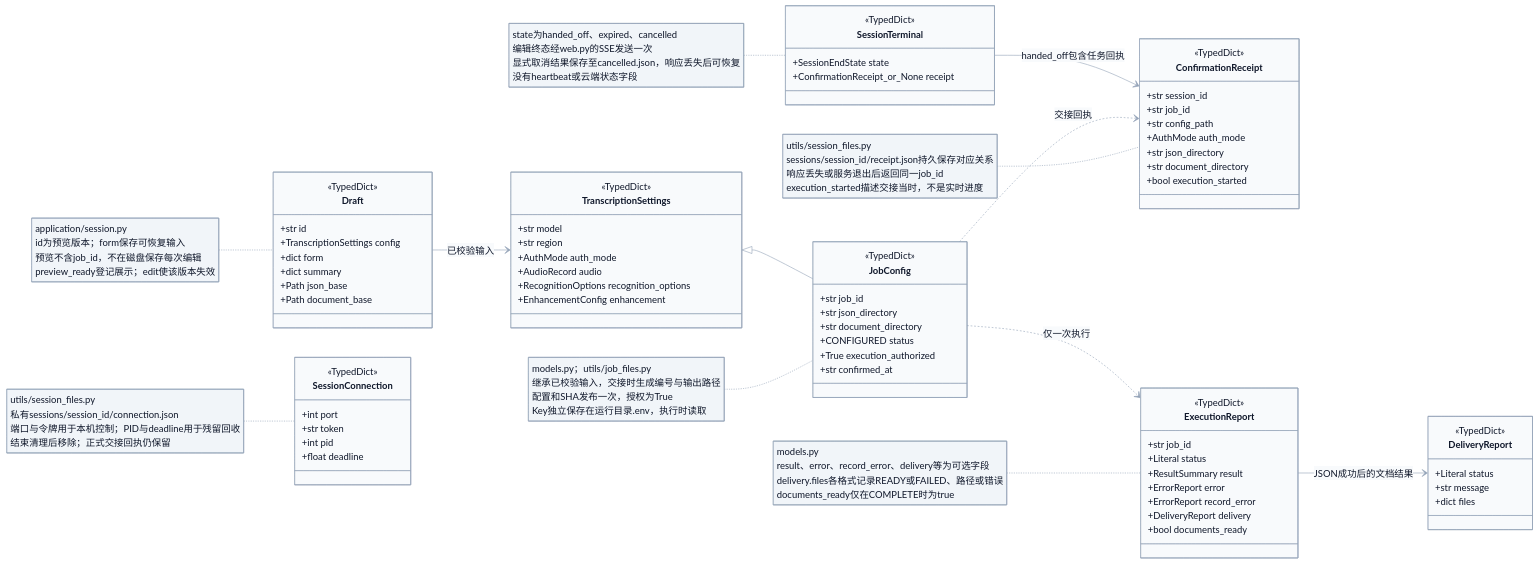
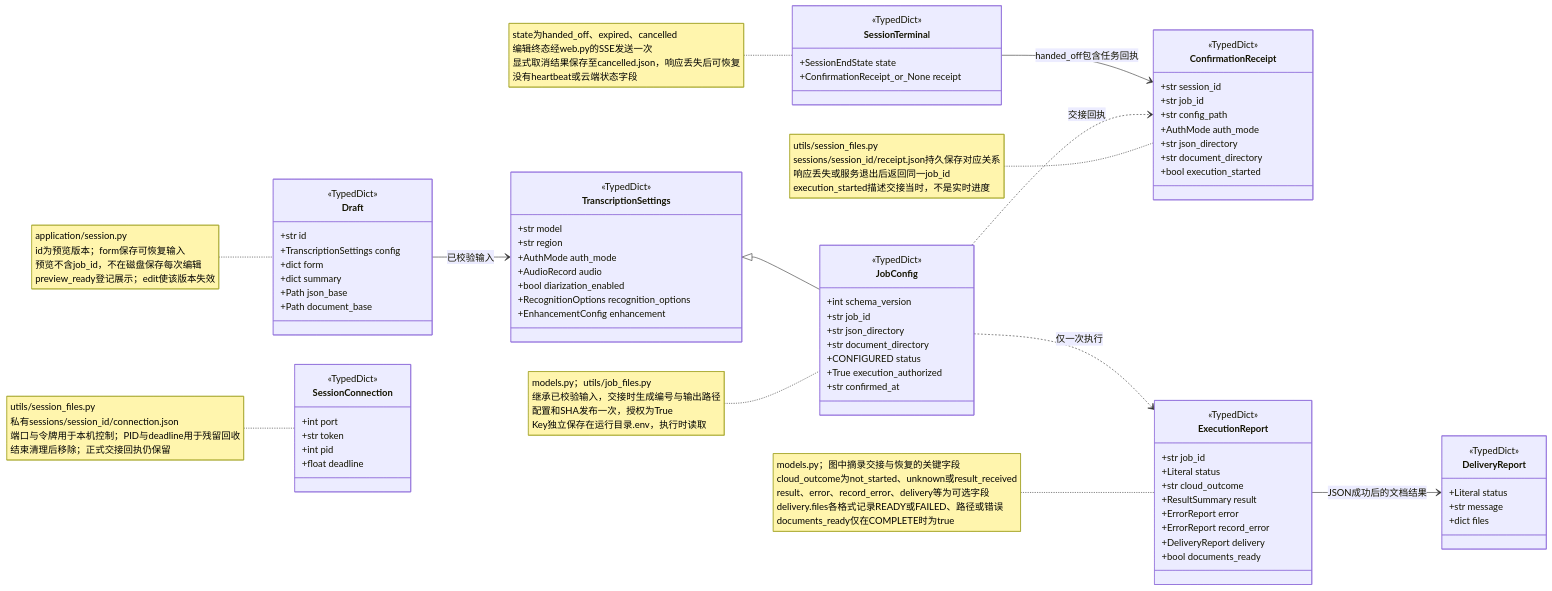
Before and after one commit to hx101700/memoflow: the diagram in doc/uml/01c-protocol.mmd, drawn with Mermaid. The commit also changed 61 other files, not shown here.

```diff
--- a/doc/uml/01c-protocol.mmd
+++ b/doc/uml/01c-protocol.mmd
@@ -1,94 +1,83 @@
----
-config:
-  theme: base
-  fontFamily: Arial, Microsoft YaHei, sans-serif
-  themeVariables:
-    primaryColor: '#f8fafc'
-    primaryTextColor: '#0f172a'
-    primaryBorderColor: '#94a3b8'
-    lineColor: '#94a3b8'
-    noteBkgColor: '#f1f5f9'
-    noteTextColor: '#0f172a'
-    noteBorderColor: '#94a3b8'
-    edgeLabelBackground: '#ffffff'
----
 classDiagram
 direction LR
 class TranscriptionSettings {
   <<TypedDict>>
   +str model
   +str region
   +AuthMode auth_mode
   +AudioRecord audio
+  +bool diarization_enabled
   +RecognitionOptions recognition_options
   +EnhancementConfig enhancement
 }
 class Draft {
   <<TypedDict>>
   +str id
   +TranscriptionSettings config
   +dict form
   +dict summary
   +Path json_base
   +Path document_base
 }
 class JobConfig {
   <<TypedDict>>
+  +int schema_version
   +str job_id
   +str json_directory
   +str document_directory
   +CONFIGURED status
   +True execution_authorized
   +str confirmed_at
 }
 class ConfirmationReceipt {
   <<TypedDict>>
   +str session_id
   +str job_id
   +str config_path
   +AuthMode auth_mode
   +str json_directory
   +str document_directory
   +bool execution_started
 }
 class SessionConnection {
   <<TypedDict>>
   +int port
   +str token
   +int pid
   +float deadline
 }
 class SessionTerminal {
   <<TypedDict>>
   +SessionEndState state
   +ConfirmationReceipt_or_None receipt
 }
 class ExecutionReport {
   <<TypedDict>>
   +str job_id
   +Literal status
+  +str cloud_outcome
   +ResultSummary result
   +ErrorReport error
   +ErrorReport record_error
   +DeliveryReport delivery
   +bool documents_ready
 }
 class DeliveryReport {
   <<TypedDict>>
   +Literal status
   +str message
   +dict files
 }
 TranscriptionSettings <|-- JobConfig
 Draft --> TranscriptionSettings : 已校验输入
 JobConfig ..> ConfirmationReceipt : 交接回执
 SessionTerminal --> ConfirmationReceipt : handed_off包含任务回执
 JobConfig ..> ExecutionReport : 仅一次执行
 ExecutionReport --> DeliveryReport : JSON成功后的文档结果
 note for Draft "application/session.py<br/>id为预览版本；form保存可恢复输入<br/>预览不含job_id，不在磁盘保存每次编辑<br/>preview_ready登记展示；edit使该版本失效"
 note for JobConfig "models.py；utils/job_files.py<br/>继承已校验输入，交接时生成编号与输出路径<br/>配置和SHA发布一次，授权为True<br/>Key独立保存在运行目录.env，执行时读取"
 note for ConfirmationReceipt "utils/session_files.py<br/>sessions/session_id/receipt.json持久保存对应关系<br/>响应丢失或服务退出后返回同一job_id<br/>execution_started描述交接当时，不是实时进度"
 note for SessionTerminal "state为handed_off、expired、cancelled<br/>编辑终态经web.py的SSE发送一次<br/>显式取消结果保存至cancelled.json，响应丢失后可恢复<br/>没有heartbeat或云端状态字段"
-note for ExecutionReport "models.py<br/>result、error、record_error、delivery等为可选字段<br/>delivery.files各格式记录READY或FAILED、路径或错误<br/>documents_ready仅在COMPLETE时为true"
+note for ExecutionReport "models.py；图中摘录交接与恢复的关键字段<br/>cloud_outcome为not_started、unknown或result_received<br/>result、error、record_error、delivery等为可选字段<br/>delivery.files各格式记录READY或FAILED、路径或错误<br/>documents_ready仅在COMPLETE时为true"
 
 note for SessionConnection "utils/session_files.py<br/>私有sessions/session_id/connection.json<br/>端口与令牌用于本机控制；PID与deadline用于残留回收<br/>结束清理后移除；正式交接回执仍保留"
```
